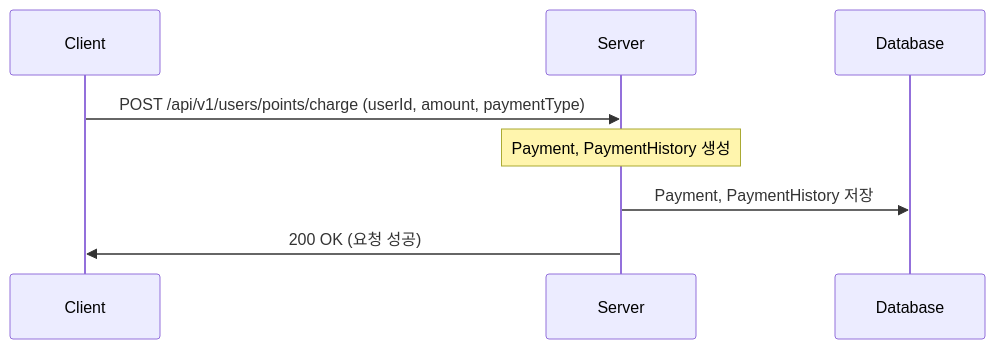
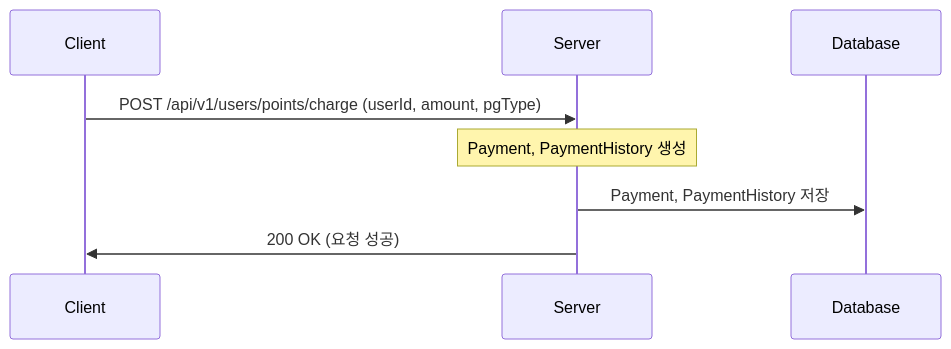
The third of 5 diagrams in docs/sequenceDiagram.md (geonyeop123/pointly), drawn with Mermaid before and after one commit. The commit also changed other lines of this file and 12 other files, not shown here.

Commit message:
fix : paymentType -> pgType

````diff
--- a/docs/sequenceDiagram.md
+++ b/docs/sequenceDiagram.md
@@ -48,11 +48,11 @@
 ```mermaid
 sequenceDiagram
     participant Client
     participant Server
     participant Database
 
-    Client->>Server: POST /api/v1/users/points/charge (userId, amount, paymentType)
+    Client->>Server: POST /api/v1/users/points/charge (userId, amount, pgType)
 		Note over Server : Payment, PaymentHistory 생성
     Server->>Database : Payment, PaymentHistory 저장
 		Server->>Client : 200 OK (요청 성공)
 ```
````
